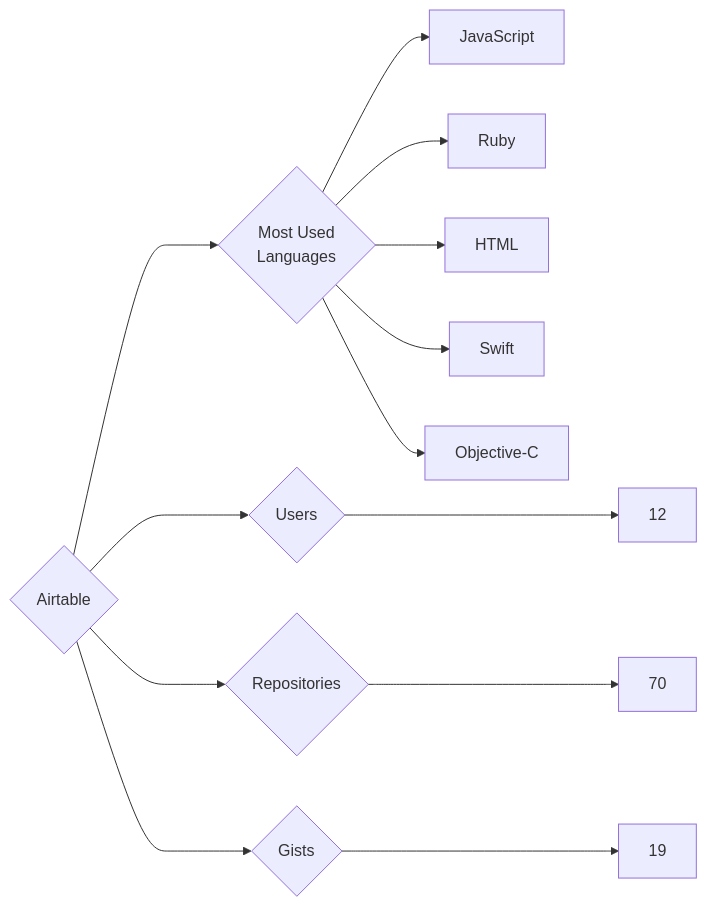
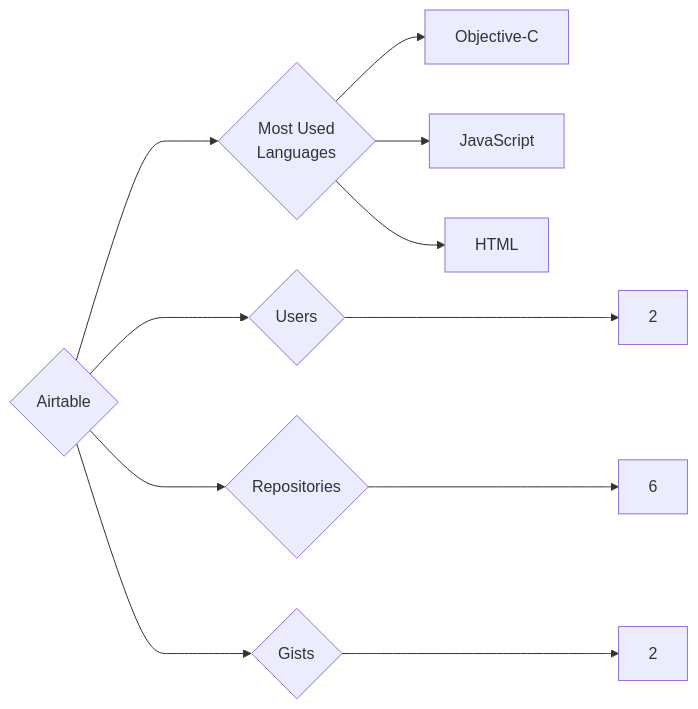
One commit to trickest/insiders changed the diagram in targets/Airtable/README.md. Above: the diagram before and after it, drawn with Mermaid. The commit also changed 783 other files, not shown here.

````diff
--- a/targets/Airtable/README.md
+++ b/targets/Airtable/README.md
@@ -3,13 +3,11 @@
 ```mermaid
 graph LR
 COMPANY_NAME{Airtable}
-COMPANY_NAME ---> U{Users} ---> UN[12]
-COMPANY_NAME ---> R{Repositories} ---> RN[70]
-COMPANY_NAME ---> G{Gists} ---> GN[19]
+COMPANY_NAME ---> U{Users} ---> UN[2]
+COMPANY_NAME ---> R{Repositories} ---> RN[6]
+COMPANY_NAME ---> G{Gists} ---> GN[2]
 COMPANY_NAME ---> ML{Most Used<br>Languages}
+ML --> Objective-C[Objective-C]
 ML --> JavaScript[JavaScript]
-ML --> Ruby[Ruby]
 ML --> HTML[HTML]
-ML --> Swift[Swift]
-ML --> Objective-C[Objective-C]
 ```
````
